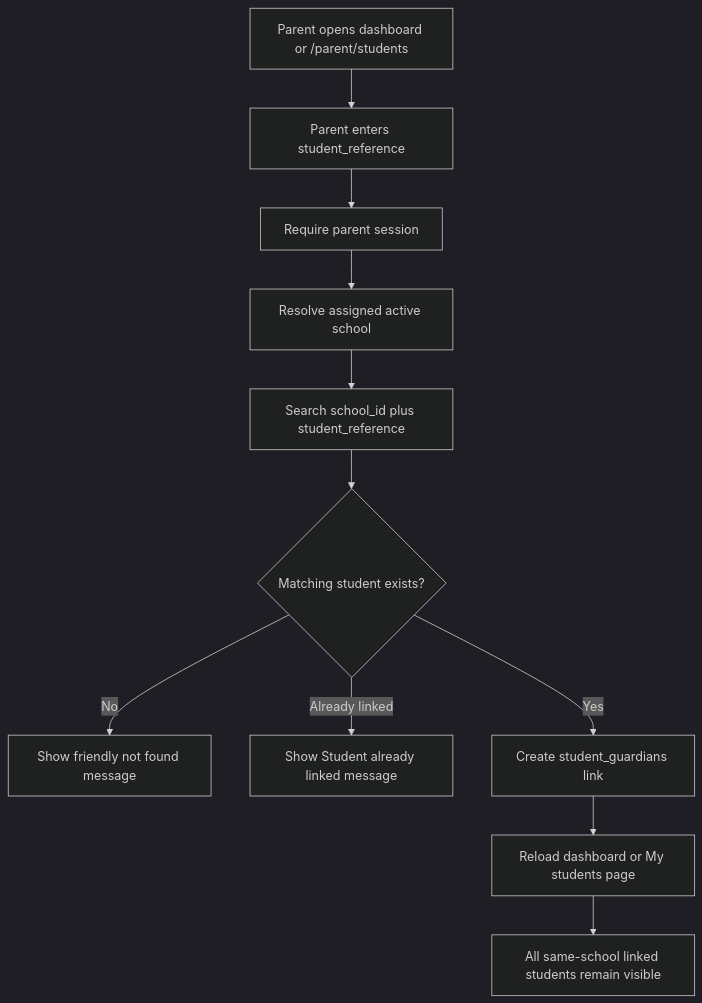
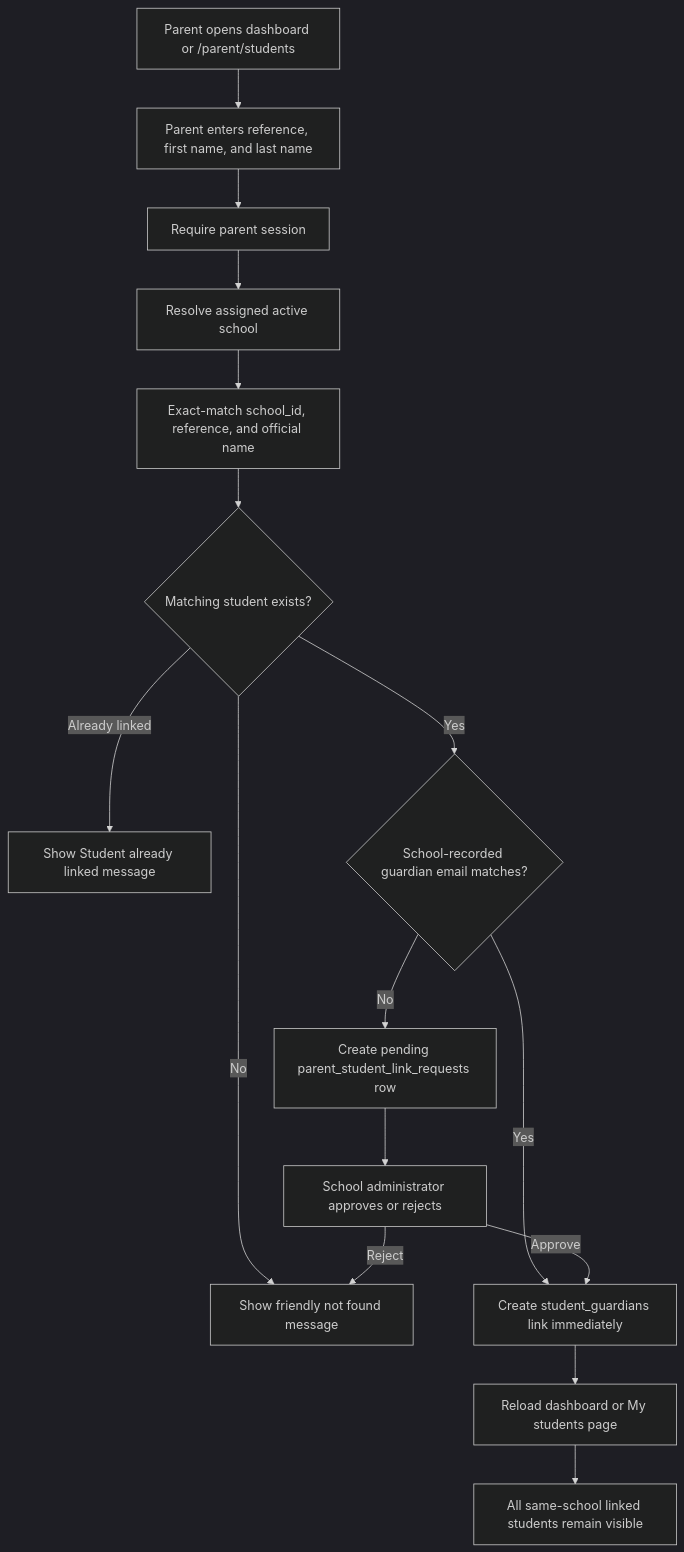
Before and after one commit to Xeyn19/xmetapay: diagram 14 of 25 in docs/PROJECT_FLOWCHARTS.md, drawn with Mermaid (dark theme). The commit also changed other lines of this file and 32 other files, not shown here.

````diff
--- a/docs/PROJECT_FLOWCHARTS.md
+++ b/docs/PROJECT_FLOWCHARTS.md
@@ -502,13 +501,18 @@
 ```mermaid
 flowchart TD
-  A["Parent opens dashboard or /parent/students"] --> B["Parent enters student_reference"]
+  A["Parent opens dashboard or /parent/students"] --> B["Parent enters reference, first name, and last name"]
   B --> C["Require parent session"]
   C --> D["Resolve assigned active school"]
-  D --> E["Search school_id plus student_reference"]
+  D --> E["Exact-match school_id, reference, and official name"]
   E --> F{"Matching student exists?"}
   F -->|No| G["Show friendly not found message"]
   F -->|Already linked| H["Show Student already linked message"]
-  F -->|Yes| I["Create student_guardians link"]
+  F -->|Yes| F2{"School-recorded guardian email matches?"}
+  F2 -->|Yes| I["Create student_guardians link immediately"]
+  F2 -->|No| I2["Create pending parent_student_link_requests row"]
+  I2 --> I3["School administrator approves or rejects"]
+  I3 -->|Approve| I
+  I3 -->|Reject| G
   I --> J["Reload dashboard or My students page"]
   J --> K["All same-school linked students remain visible"]
 ```
````
